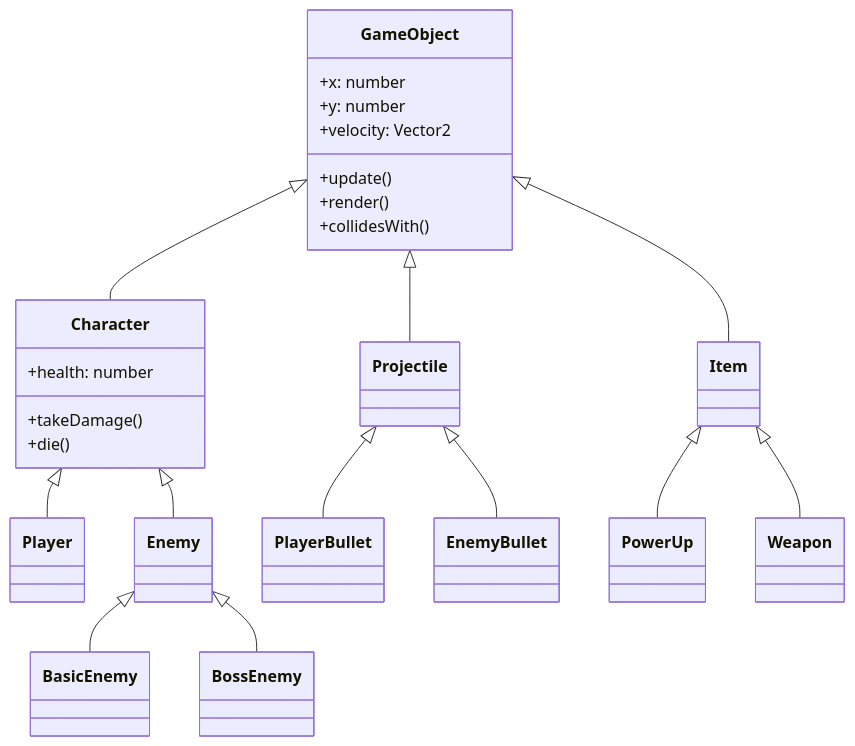
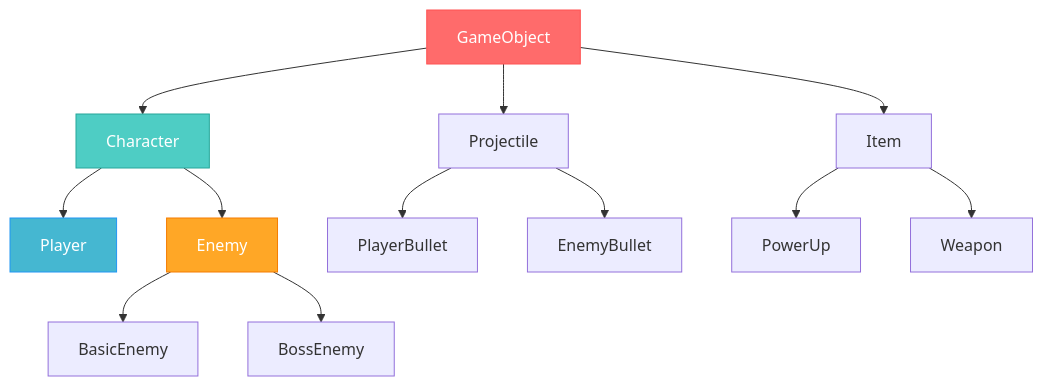
The second of 2 diagrams in src/kapitel_10/oop.md (Glimakra-Webbutvecklare/kursbok), drawn with Mermaid before and after one commit.

Commit message:
Uppdatera mermaid-diagram i kapitel 10 för att förbättra visualiseringen av objektorienterad programmering. Ändra diagrammet från klassdiagram till grafisk representation och justera stilinställningar för olika objekt.

````diff
--- a/src/kapitel_10/oop.md
+++ b/src/kapitel_10/oop.md
@@ -192,33 +192,23 @@
 ```mermaid
-classDiagram
-    GameObject <|-- Character
-    GameObject <|-- Projectile
-    GameObject <|-- Item
+graph TD
+    GameObject --> Character
+    GameObject --> Projectile
+    GameObject --> Item
     
-    Character <|-- Player
-    Character <|-- Enemy
+    Character --> Player
+    Character --> Enemy
     
-    Enemy <|-- BasicEnemy
-    Enemy <|-- BossEnemy
+    Enemy --> BasicEnemy
+    Enemy --> BossEnemy
     
-    Projectile <|-- PlayerBullet
-    Projectile <|-- EnemyBullet
+    Projectile --> PlayerBullet
+    Projectile --> EnemyBullet
     
-    Item <|-- PowerUp
-    Item <|-- Weapon
+    Item --> PowerUp
+    Item --> Weapon
     
-    class GameObject {
-        +x: number
-        +y: number
-        +velocity: Vector2
-        +update()
-        +render()
-        +collidesWith()
-    }
-    
-    class Character {
-        +health: number
-        +takeDamage()
-        +die()
-    }
+    style GameObject fill:#FF6B6B,stroke:#FF5252,color:#fff
+    style Character fill:#4ECDC4,stroke:#26A69A,color:#fff
+    style Player fill:#45B7D1,stroke:#2196F3,color:#fff
+    style Enemy fill:#FFA726,stroke:#F57C00,color:#fff
 ```
````
